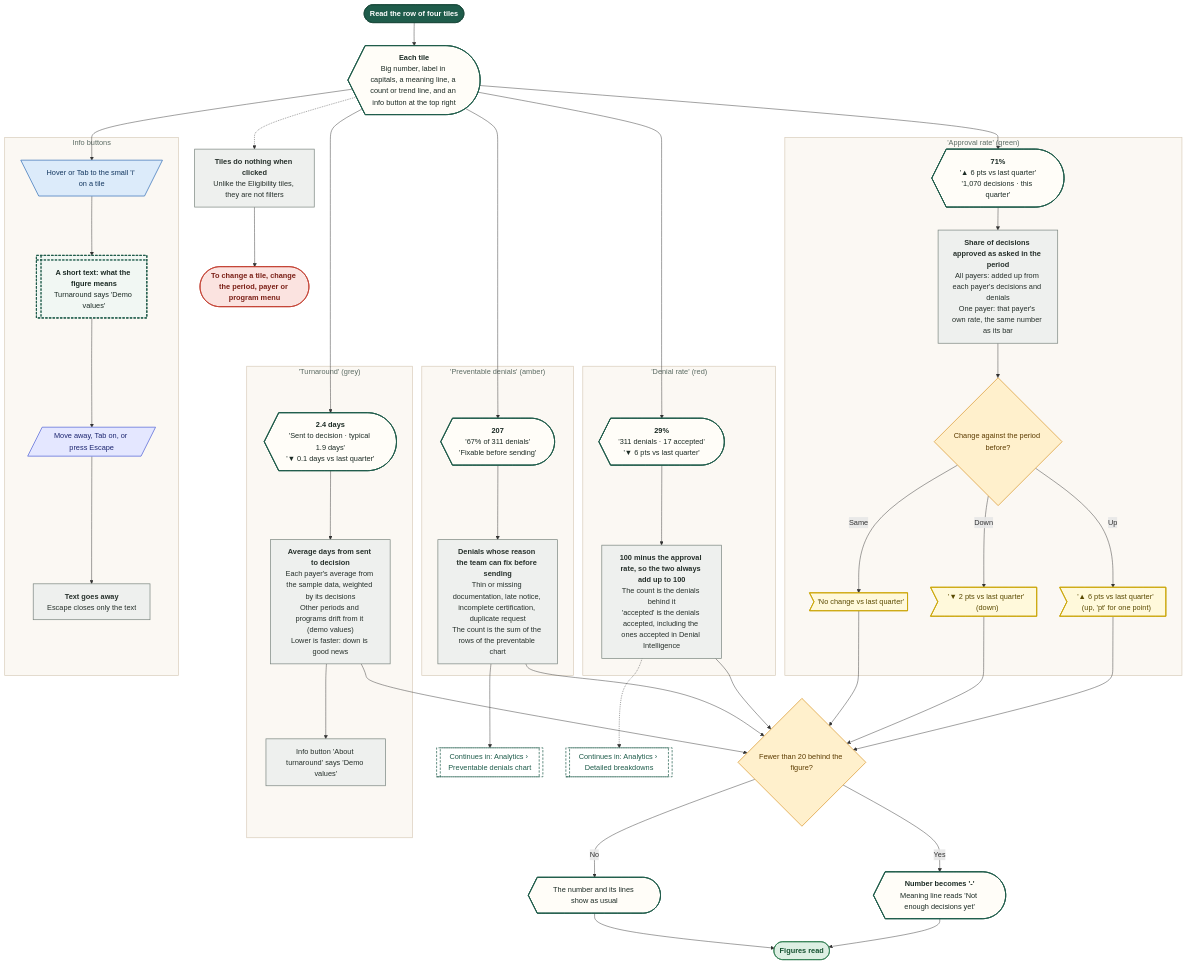
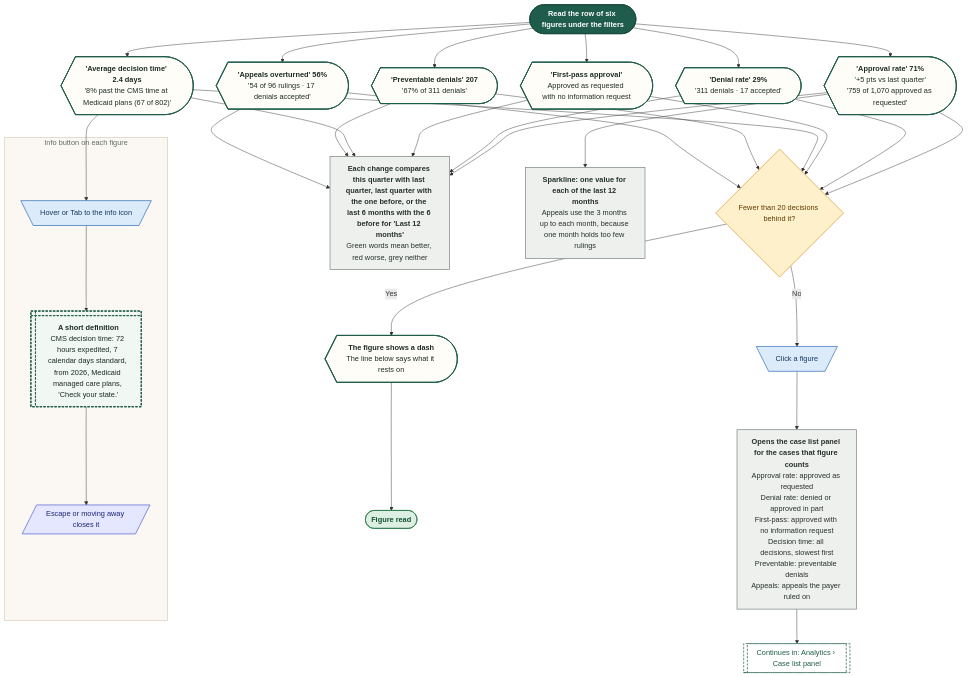
The third of 18 diagrams in demos/prior-auth-demo/workflows/out/md/08-analytics.md (Shrav143/psyfloapp), drawn with Mermaid before and after one commit. The commit also changed other lines of this file and 251 other files, not shown here.

First line of the commit message:
docs: rebuild the workflow diagrams (291) for round 4

````diff
--- a/demos/prior-auth-demo/workflows/out/md/08-analytics.md
+++ b/demos/prior-auth-demo/workflows/out/md/08-analytics.md
@@ -221,73 +183,42 @@
   classDef k_wait fill:#E4E8EE,stroke:#6B7C93,color:#26303D,stroke-width:1.5px
   classDef k_toast fill:#FFF9DB,stroke:#C9A400,color:#5A4A00,stroke-width:1.5px
   classDef k_goto fill:#FFFFFF,stroke:#1F5C4B,color:#1F5C4B,stroke-width:1.5px,stroke-dasharray:5 3
-  s1@{ shape: stadium, label: "Read the row of four tiles" }
-  sc@{ shape: curv-trap, label: "<b>Each tile</b><br/>Big number, label in capitals, a meaning line, a count or trend line, and an info button at the top right" }
-  subgraph gA ["'Approval rate' (green)"]
-  a1@{ shape: curv-trap, label: "<b>71%</b><br/>'▲ 6 pts vs last quarter'<br/>'1,070 decisions · this quarter'" }
-  a2@{ shape: rect, label: "<b>Share of decisions approved as asked in the period</b><br/>All payers: added up from each payer's decisions and denials<br/>One payer: that payer's own rate, the same number as its bar" }
-  a3@{ shape: diam, label: "Change against the period before?" }
-  a4@{ shape: odd, label: "'▲ 6 pts vs last quarter' (up, 'pt' for one point)" }
-  a5@{ shape: odd, label: "'▼ 2 pts vs last quarter' (down)" }
-  a6@{ shape: odd, label: "'No change vs last quarter'" }
+  s1@{ shape: stadium, label: "Read the row of six figures under the filters" }
+  a1@{ shape: curv-trap, label: "<b>'Approval rate' 71%</b><br/>'+5 pts vs last quarter'<br/>'759 of 1,070 approved as requested'" }
+  a2@{ shape: curv-trap, label: "<b>'Denial rate' 29%</b><br/>'311 denials · 17 accepted'" }
+  a3@{ shape: curv-trap, label: "<b>'First-pass approval'</b><br/>Approved as requested with no information request" }
+  a4@{ shape: curv-trap, label: "<b>'Average decision time' 2.4 days</b><br/>'8% past the CMS time at Medicaid plans (67 of 802)'" }
+  a5@{ shape: curv-trap, label: "<b>'Preventable denials' 207</b><br/>'67% of 311 denials'" }
+  a6@{ shape: curv-trap, label: "<b>'Appeals overturned' 56%</b><br/>'54 of 96 rulings · 17 denials accepted'" }
+  p1@{ shape: rect, label: "<b>Each change compares this quarter with last quarter, last quarter with the one before, or the last 6 months with the 6 before for 'Last 12 months'</b><br/>Green words mean better, red worse, grey neither" }
+  p2@{ shape: rect, label: "<b>Sparkline: one value for each of the last 12 months</b><br/>Appeals use the 3 months up to each month, because one month holds too few rulings" }
+  subgraph gInfo ["Info button on each figure"]
+  i1@{ shape: trap-t, label: "Hover or Tab to the info icon" }
+  i2@{ shape: win-pane, label: "<b>A short definition</b><br/>CMS decision time: 72 hours expedited, 7 calendar days standard, from 2026, Medicaid managed care plans, 'Check your state.'" }
+  i3@{ shape: lean-r, label: "Escape or moving away closes it" }
   end
-  subgraph gB ["'Denial rate' (red)"]
-  b1@{ shape: curv-trap, label: "<b>29%</b><br/>'311 denials · 17 accepted'<br/>'▼ 6 pts vs last quarter'" }
-  b2@{ shape: rect, label: "<b>100 minus the approval rate, so the two always add up to 100</b><br/>The count is the denials behind it<br/>'accepted' is the denials accepted, including the ones accepted in Denial Intelligence" }
-  end
-  subgraph gC ["'Turnaround' (grey)"]
-  c1@{ shape: curv-trap, label: "<b>2.4 days</b><br/>'Sent to decision · typical 1.9 days'<br/>'▼ 0.1 days vs last quarter'" }
-  c2@{ shape: rect, label: "<b>Average days from sent to decision</b><br/>Each payer's average from the sample data, weighted by its decisions<br/>Other periods and programs drift from it (demo values)<br/>Lower is faster: down is good news" }
-  c3@{ shape: rect, label: "Info button 'About turnaround' says 'Demo values'" }
-  end
-  subgraph gD ["'Preventable denials' (amber)"]
-  d1@{ shape: curv-trap, label: "<b>207</b><br/>'67% of 311 denials'<br/>'Fixable before sending'" }
-  d2@{ shape: rect, label: "<b>Denials whose reason the team can fix before sending</b><br/>Thin or missing documentation, late notice, incomplete certification, duplicate request<br/>The count is the sum of the rows of the preventable chart" }
-  end
-  subgraph gI ["Info buttons"]
-  i1@{ shape: trap-t, label: "Hover or Tab to the small 'i' on a tile" }
-  i2@{ shape: win-pane, label: "<b>A short text: what the figure means</b><br/>Turnaround says 'Demo values'" }
-  i3@{ shape: lean-r, label: "Move away, Tab on, or press Escape" }
-  i4@{ shape: rect, label: "<b>Text goes away</b><br/>Escape closes only the text" }
-  end
-  q1@{ shape: diam, label: "Fewer than 20 behind the figure?" }
-  h1@{ shape: curv-trap, label: "<b>Number becomes '-'</b><br/>Meaning line reads 'Not enough decisions yet'" }
-  ok@{ shape: curv-trap, label: "The number and its lines show as usual" }
-  p1@{ shape: rect, label: "<b>Tiles do nothing when clicked</b><br/>Unlike the Eligibility tiles, they are not filters" }
-  g1@{ shape: subproc, label: "Continues in: Analytics › Preventable denials chart" }
-  g2@{ shape: subproc, label: "Continues in: Analytics › Detailed breakdowns" }
-  e1@{ shape: stadium, label: "To change a tile, change the period, payer or program menu" }
-  e2@{ shape: stadium, label: "Figures read" }
-  s1 --> sc
-  sc --> a1 & b1 & c1 & d1
-  a1 --> a2 --> a3
-  a3 -->|"Up"| a4
-  a3 -->|"Down"| a5
-  a3 -->|"Same"| a6
-  b1 --> b2
-  c1 --> c2 --> c3
-  d1 --> d2
-  sc --> i1 --> i2 --> i3 --> i4
-  a4 & a5 & a6 & b2 & c2 & d2 --> q1
-  q1 -->|"Yes"| h1 --> e2
-  q1 -->|"No"| ok --> e2
-  d2 --> g1
-  b2 -.-> g2
-  sc -.-> p1 --> e1
+  c1@{ shape: trap-t, label: "Click a figure" }
+  p3@{ shape: rect, label: "<b>Opens the case list panel for the cases that figure counts</b><br/>Approval rate: approved as requested<br/>Denial rate: denied or approved in part<br/>First-pass: approved with no information request<br/>Decision time: all decisions, slowest first<br/>Preventable: preventable denials<br/>Appeals: appeals the payer ruled on" }
+  q1@{ shape: diam, label: "Fewer than 20 decisions behind it?" }
+  h1@{ shape: curv-trap, label: "<b>The figure shows a dash</b><br/>The line below says what it rests on" }
+  g1@{ shape: subproc, label: "Continues in: Analytics › Case list panel" }
+  e1@{ shape: stadium, label: "Figure read" }
+  s1 --> a1 & a2 & a3 & a4 & a5 & a6
+  a1 & a2 & a3 & a4 & a5 & a6 --> p1
+  a1 --> p2
+  a4 --> i1 --> i2 --> i3
+  a1 & a2 & a3 & a4 & a5 & a6 --> q1
+  q1 -->|"Yes"| h1 --> e1
+  q1 -->|"No"| c1
+  c1 --> p3 --> g1
   class s1 k_start
-  class sc,a1,b1,c1,d1,h1,ok k_screen
-  class a2,b2,c2,c3,d2,i4,p1 k_process
-  class a3,q1 k_decision
-  class a4,a5,a6 k_toast
-  class i1 k_click
+  class a1,a2,a3,a4,a5,a6,h1 k_screen
+  class p1,p2,p3 k_process
+  class i1,c1 k_click
   class i2 k_overlay
   class i3 k_input
-  class g1,g2 k_goto
-  class e1 k_endx
-  class e2 k_end
-  style gA fill:#FBF8F3,stroke:#D9CDBB,stroke-width:1.5px,color:#5B6B63
-  style gB fill:#FBF8F3,stroke:#D9CDBB,stroke-width:1.5px,color:#5B6B63
-  style gC fill:#FBF8F3,stroke:#D9CDBB,stroke-width:1.5px,color:#5B6B63
-  style gD fill:#FBF8F3,stroke:#D9CDBB,stroke-width:1.5px,color:#5B6B63
-  style gI fill:#FBF8F3,stroke:#D9CDBB,stroke-width:1.5px,color:#5B6B63
+  class q1 k_decision
+  class g1 k_goto
+  class e1 k_end
+  style gInfo fill:#FBF8F3,stroke:#D9CDBB,stroke-width:1.5px,color:#5B6B63
 ```
````
